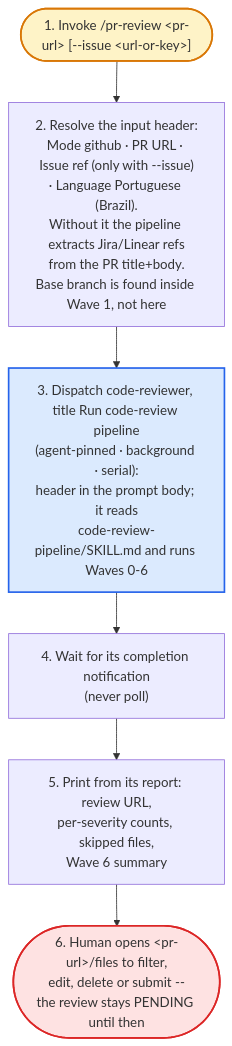
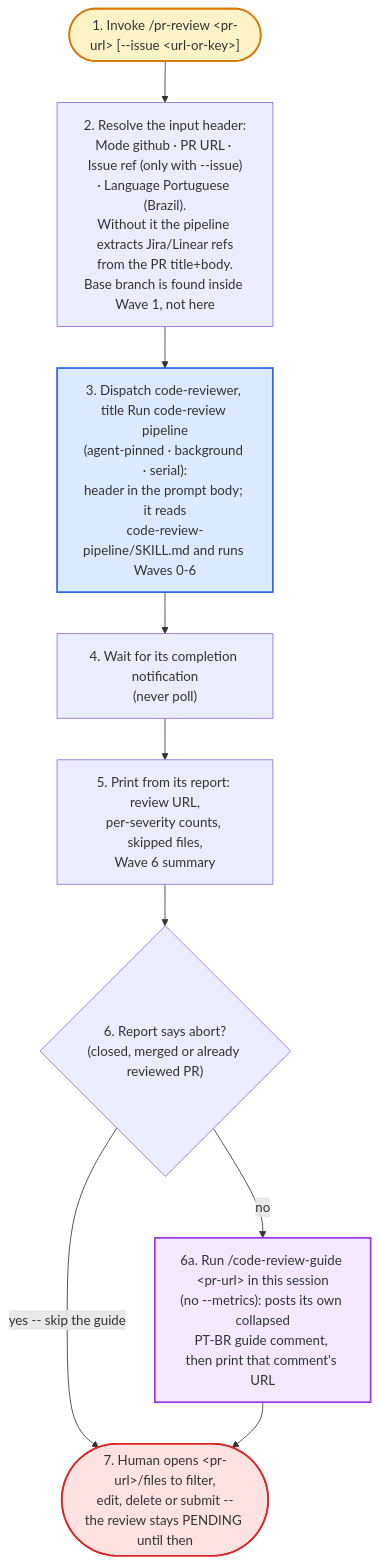
One commit to brunogsa/unix-utils changed the diagram in configs/ai-docs/claude/skills/pr-review/assets/flowchart.md. Above: the diagram before and after it, drawn with Mermaid. The commit also changed other lines of this file and 10 other files, not shown here.

First line of the commit message:
feat(pr-review): post the review guide through code-review-guide

````diff
--- a/configs/ai-docs/claude/skills/pr-review/assets/flowchart.md
+++ b/configs/ai-docs/claude/skills/pr-review/assets/flowchart.md
@@ -44,22 +51,27 @@
 ```mermaid
 flowchart TD
   n1(["1. Invoke /pr-review &lt;pr-url&gt; [--issue &lt;url-or-key&gt;]"]):::start
   n2["2. Resolve the input header:<br/>Mode github · PR URL · Issue ref (only with --issue)<br/>· Language Portuguese (Brazil).<br/>Without it the pipeline extracts Jira/Linear refs<br/>from the PR title+body.<br/>Base branch is found inside Wave 1, not here"]
   n3["3. Dispatch code-reviewer, title Run code-review pipeline<br/>(agent-pinned · background · serial):<br/>header in the prompt body; it reads<br/>code-review-pipeline/SKILL.md and runs Waves 0-6"]:::dispatch
   n4["4. Wait for its completion notification<br/>(never poll)"]
   n5["5. Print from its report: review URL,<br/>per-severity counts, skipped files,<br/>Wave 6 summary"]
-  n6(["6. Human opens &lt;pr-url&gt;/files to filter,<br/>edit, delete or submit --<br/>the review stays PENDING until then"]):::gate
+  n6{"6. Report says abort?<br/>(closed, merged or already reviewed PR)"}
+  n6a["6a. Run /code-review-guide &lt;pr-url&gt; in this session<br/>(no --metrics): posts its own collapsed<br/>PT-BR guide comment, then print that comment's URL"]:::skill
+  n7(["7. Human opens &lt;pr-url&gt;/files to filter,<br/>edit, delete or submit --<br/>the review stays PENDING until then"]):::gate
 
   n1 --> n2
   n2 --> n3
   n3 --> n4
   n4 --> n5
   n5 --> n6
+  n6 -->|"yes -- skip the guide"| n7
+  n6 -->|"no"| n6a
+  n6a --> n7
 
   classDef start fill:#fef3c7,stroke:#d97706,stroke-width:2px
   classDef gate fill:#fee2e2,stroke:#dc2626,stroke-width:2px
   classDef dispatch fill:#dbeafe,stroke:#2563eb,stroke-width:2px
   classDef state fill:#dcfce7,stroke:#16a34a,stroke-width:2px
   classDef skill fill:#f3e8ff,stroke:#9333ea,stroke-width:2px
   classDef hook fill:#e5e7eb,stroke:#4b5563,stroke-width:2px
 ```
````
